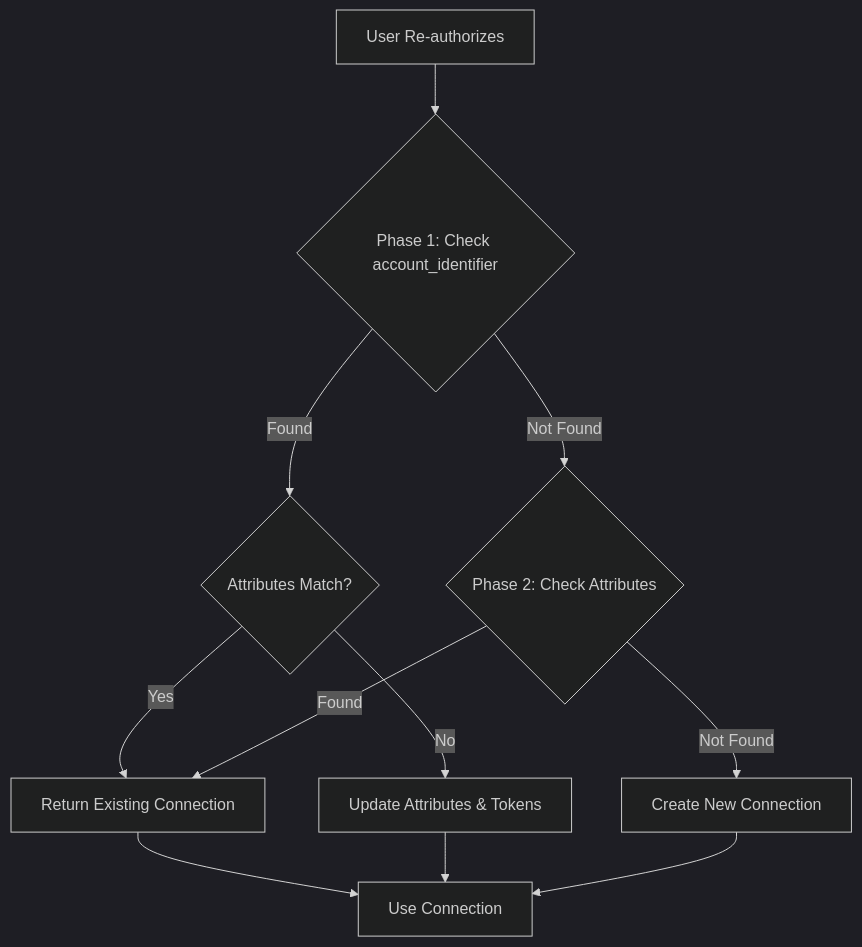
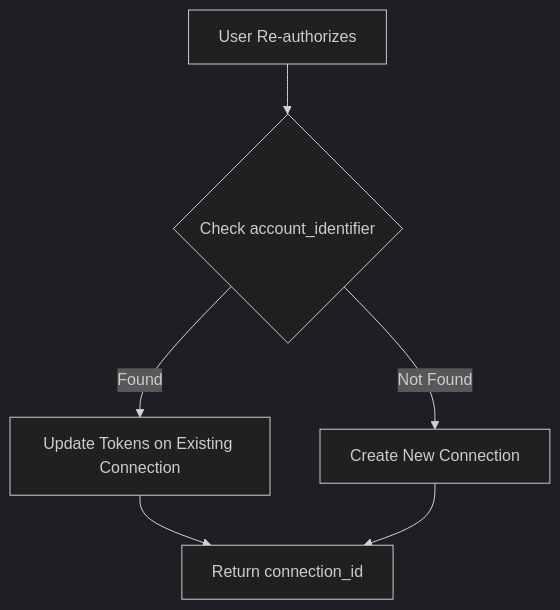
One commit to AlterAIDev/docs changed the second of 2 diagrams in reference/architecture.mdx. Above: the diagram before and after it, drawn with Mermaid (dark theme). The commit also changed other lines of this file and 13 other files, not shown here.

````diff
--- a/reference/architecture.mdx
+++ b/reference/architecture.mdx
@@ -94,14 +81,9 @@
 ```mermaid
 graph TD
-    A[User Re-authorizes] --> B{Phase 1: Check account_identifier}
-    B -->|Found| C{Attributes Match?}
-    C -->|Yes| D[Return Existing Connection]
-    C -->|No| E[Update Attributes & Tokens]
-    B -->|Not Found| F{Phase 2: Check Attributes}
-    F -->|Found| D
-    F -->|Not Found| G[Create New Connection]
+    A[User Re-authorizes] --> B{Check account_identifier}
+    B -->|Found| C[Update Tokens on Existing Connection]
+    B -->|Not Found| D[Create New Connection]
 
-    D --> H[Use Connection]
-    E --> H
-    G --> H
+    C --> E[Return connection_id]
+    D --> E
 ```
````
